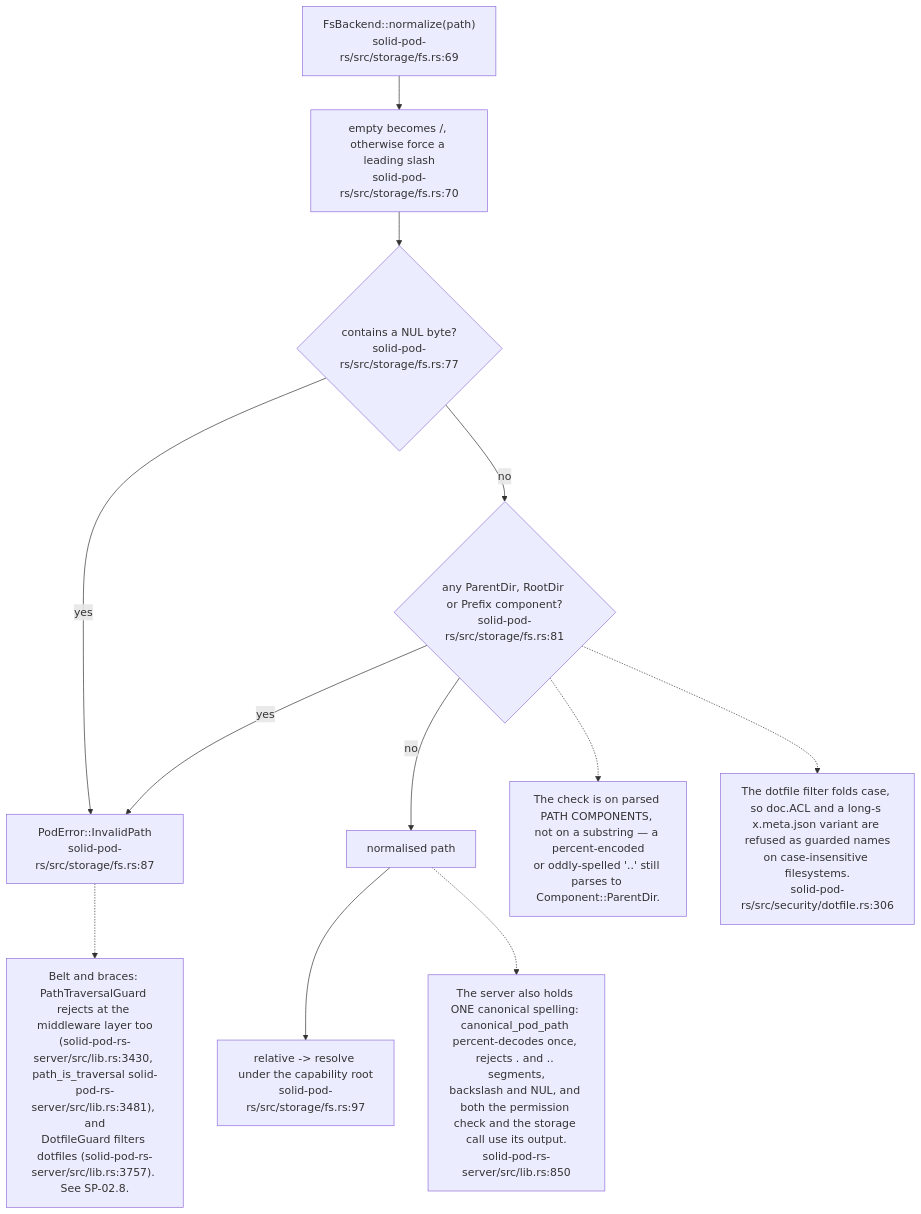
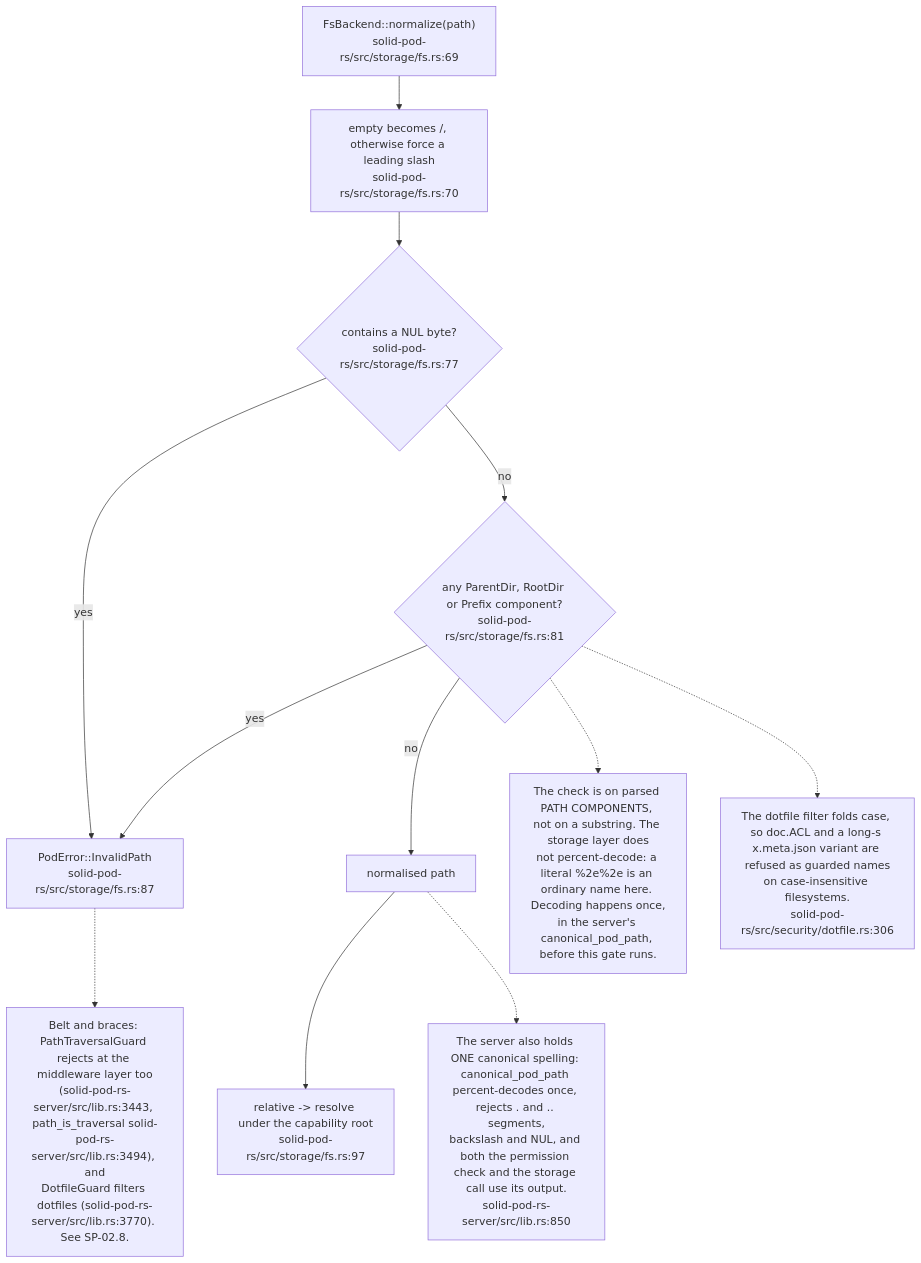
Before and after one commit to DreamLab-AI/VisionFlow: the second of 11 diagrams in docs/diagrams/solid-pod-rs/06-storage-quota-and-git-pods.md, drawn with Mermaid. The commit also changed other lines of this file and 47 other files, not shown here.

````diff
--- a/docs/diagrams/solid-pod-rs/06-storage-quota-and-git-pods.md
+++ b/docs/diagrams/solid-pod-rs/06-storage-quota-and-git-pods.md
@@ -65,25 +67,25 @@
 ```mermaid
 flowchart TD
     IN["FsBackend::normalize(path)<br/>solid-pod-rs/src/storage/fs.rs:69"]
     LEAD["empty becomes /, otherwise force a leading slash<br/>solid-pod-rs/src/storage/fs.rs:70"]
     NUL{"contains a NUL byte?<br/>solid-pod-rs/src/storage/fs.rs:77"}
     COMP{"any ParentDir, RootDir or Prefix component?<br/>solid-pod-rs/src/storage/fs.rs:81"}
     ERR["PodError::InvalidPath<br/>solid-pod-rs/src/storage/fs.rs:87"]
     OK["normalised path"]
     REL["relative -> resolve under the capability root<br/>solid-pod-rs/src/storage/fs.rs:97"]
 
     IN --> LEAD --> NUL
     NUL -- yes --> ERR
     NUL -- no --> COMP
     COMP -- yes --> ERR
     COMP -- no --> OK --> REL
 
-    N["The check is on parsed PATH COMPONENTS, not on a substring — a percent-encoded<br/>or oddly-spelled '..' still parses to Component::ParentDir."]
+    N["The check is on parsed PATH COMPONENTS, not on a substring. The storage layer does<br/>not percent-decode: a literal %2e%2e is an ordinary name here. Decoding happens once,<br/>in the server's canonical_pod_path, before this gate runs."]
     COMP -.-> N
-    N2["Belt and braces: PathTraversalGuard rejects at the middleware layer too<br/>(solid-pod-rs-server/src/lib.rs:3430, path_is_traversal solid-pod-rs-server/src/lib.rs:3481), and<br/>DotfileGuard filters dotfiles (solid-pod-rs-server/src/lib.rs:3757). See SP-02.8."]
+    N2["Belt and braces: PathTraversalGuard rejects at the middleware layer too<br/>(solid-pod-rs-server/src/lib.rs:3443, path_is_traversal solid-pod-rs-server/src/lib.rs:3494), and<br/>DotfileGuard filters dotfiles (solid-pod-rs-server/src/lib.rs:3770). See SP-02.8."]
     ERR -.-> N2
     N3["The server also holds ONE canonical spelling: canonical_pod_path percent-decodes once, rejects . and .. segments,<br/>backslash and NUL, and both the permission check and the storage call use its output.<br/>solid-pod-rs-server/src/lib.rs:850"]
     N4["The dotfile filter folds case, so doc.ACL and a long-s x.meta.json variant are refused as guarded names<br/>on case-insensitive filesystems.<br/>solid-pod-rs/src/security/dotfile.rs:306"]
     OK -.-> N3
     COMP -.-> N4
 ```
````
